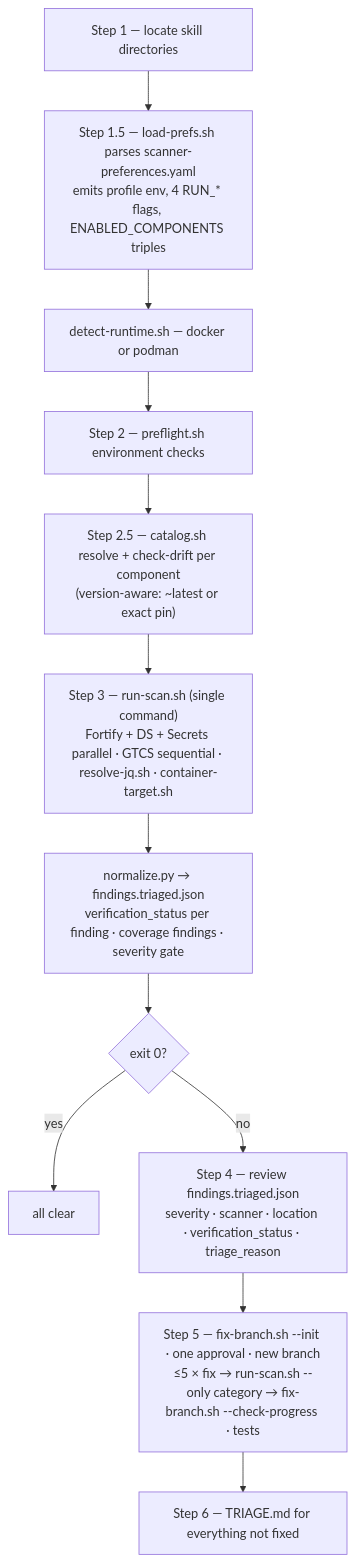
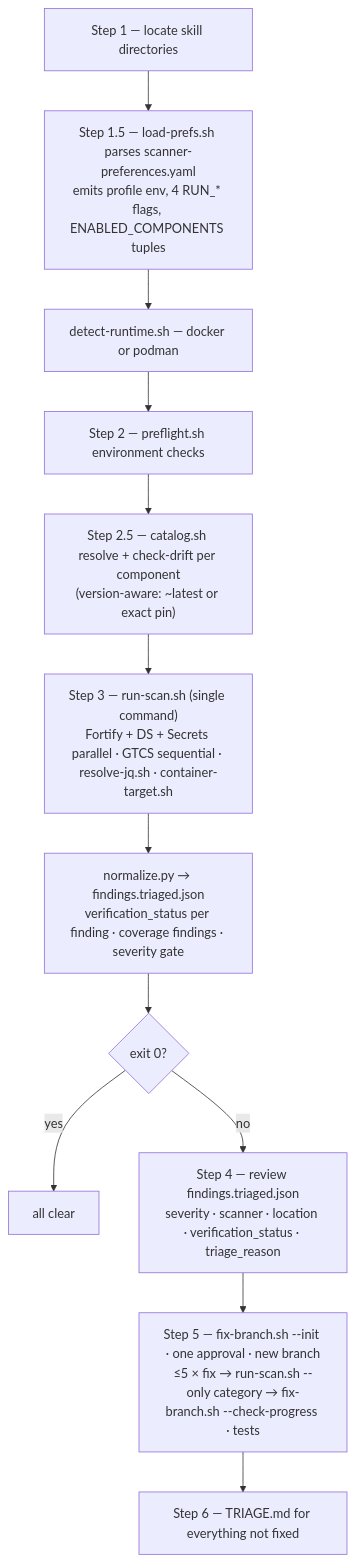
One commit to xotong/claude-marketplace changed the first of 3 diagrams in plugins/appsec/skills/appsec-scan/README.md. Above: the diagram before and after it, drawn with Mermaid. The commit also changed other lines of this file and 17 other files, not shown here.

````diff
--- a/plugins/appsec/skills/appsec-scan/README.md
+++ b/plugins/appsec/skills/appsec-scan/README.md
@@ -35,14 +35,14 @@
 ```mermaid
 flowchart TD
-    S1["Step 1 — locate skill directories"] --> S15["Step 1.5 — load-prefs.sh parses scanner-preferences.yaml<br/>emits profile env, 4 RUN_* flags, ENABLED_COMPONENTS triples"]
+    S1["Step 1 — locate skill directories"] --> S15["Step 1.5 — load-prefs.sh parses scanner-preferences.yaml<br/>emits profile env, 4 RUN_* flags, ENABLED_COMPONENTS tuples"]
     S15 --> RT["detect-runtime.sh — docker or podman"]
     RT --> S2["Step 2 — preflight.sh environment checks"]
     S2 --> S25["Step 2.5 — catalog.sh resolve + check-drift per component<br/>(version-aware: ~latest or exact pin)"]
     S25 --> S3["Step 3 — run-scan.sh (single command)<br/>Fortify + DS + Secrets parallel · GTCS sequential · resolve-jq.sh · container-target.sh"]
     S3 --> NP["normalize.py → findings.triaged.json<br/>verification_status per finding · coverage findings · severity gate"]
     NP --> Q{"exit 0?"}
     Q -->|"yes"| DONE["all clear"]
     Q -->|"no"| S4["Step 4 — review findings.triaged.json<br/>severity · scanner · location · verification_status · triage_reason"]
     S4 --> S5["Step 5 — fix-branch.sh --init · one approval · new branch<br/>≤5 × fix → run-scan.sh --only category → fix-branch.sh --check-progress · tests"]
     S5 --> S6["Step 6 — TRIAGE.md for everything not fixed"]
 ```
````
